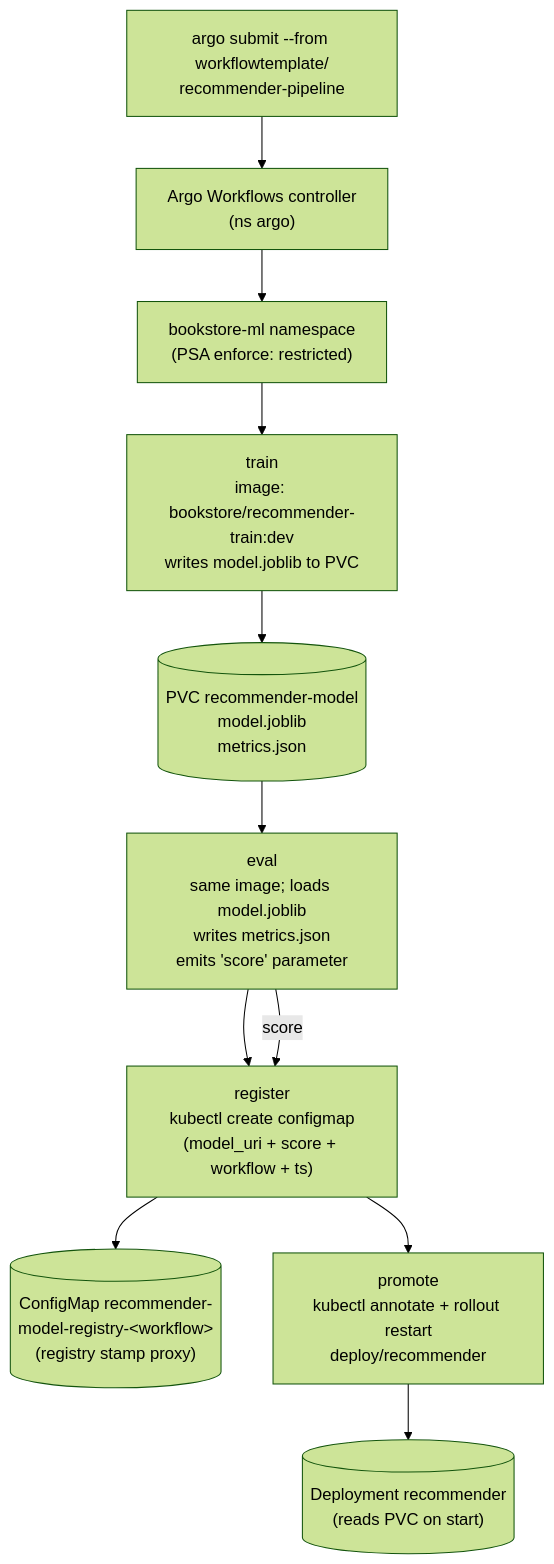
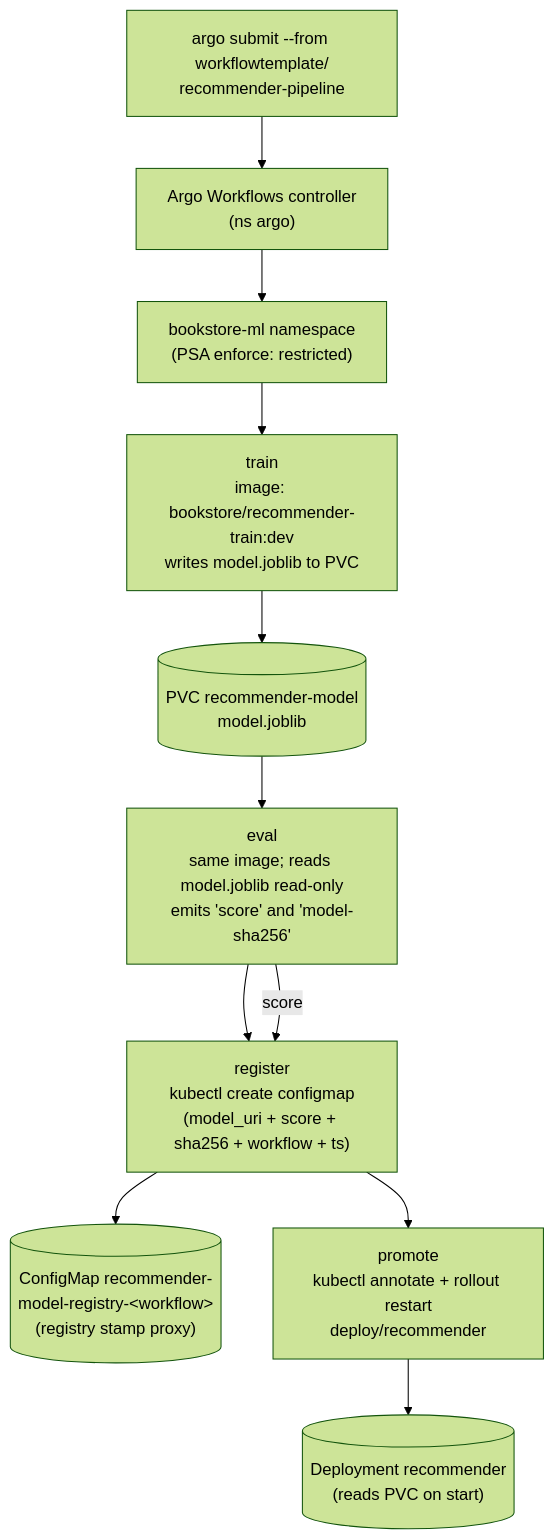
One commit to abd-ulbasit/bookstore-kubernetes-guide changed the diagram in full-guide/12-kubernetes-for-machine-learning/07-ml-pipelines-and-workflows.md. Above: the diagram before and after it, drawn with Mermaid (forest theme). The commit also changed other lines of this file and 14 other files, not shown here.

````diff
--- a/full-guide/12-kubernetes-for-machine-learning/07-ml-pipelines-and-workflows.md
+++ b/full-guide/12-kubernetes-for-machine-learning/07-ml-pipelines-and-workflows.md
@@ -167,21 +186,21 @@
 ```mermaid
 flowchart TB
     submit["argo submit --from workflowtemplate/<br/>recommender-pipeline"]
     ctl["Argo Workflows controller<br/>(ns argo)"]
     ws["bookstore-ml namespace<br/>(PSA enforce: restricted)"]
 
     train["train<br/>image: bookstore/recommender-train:dev<br/>writes model.joblib to PVC"]
-    pvc[("PVC recommender-model<br/>model.joblib<br/>metrics.json")]
-    eval["eval<br/>same image; loads model.joblib<br/>writes metrics.json<br/>emits 'score' parameter"]
-    reg["register<br/>kubectl create configmap<br/>(model_uri + score + workflow + ts)"]
+    pvc[("PVC recommender-model<br/>model.joblib")]
+    eval["eval<br/>same image; reads model.joblib read-only<br/>emits 'score' and 'model-sha256'"]
+    reg["register<br/>kubectl create configmap<br/>(model_uri + score + sha256 + workflow + ts)"]
     cm[("ConfigMap recommender-<br/>model-registry-&lt;workflow&gt;<br/>(registry stamp proxy)")]
     promote["promote<br/>kubectl annotate + rollout restart<br/>deploy/recommender"]
     serve[("Deployment recommender<br/>(reads PVC on start)")]
 
     submit --> ctl --> ws
     ws --> train --> pvc
     pvc --> eval --> reg
     eval -- score --> reg
     reg --> cm
     reg --> promote --> serve
 ```
````
